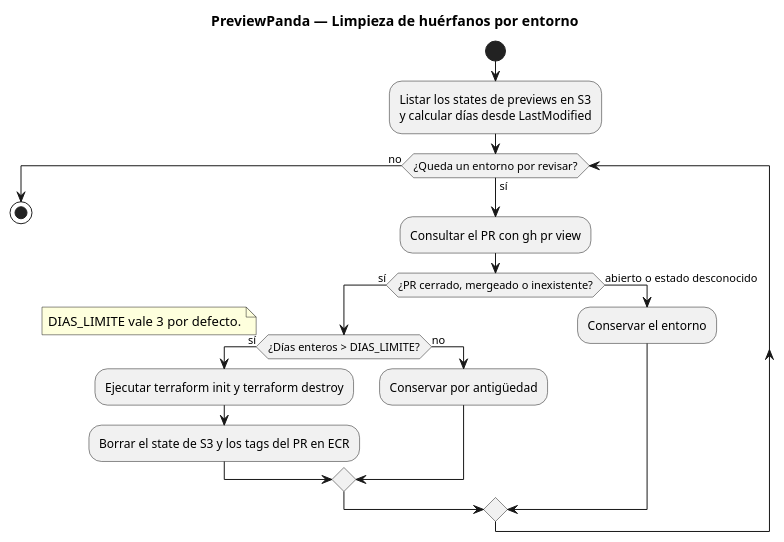
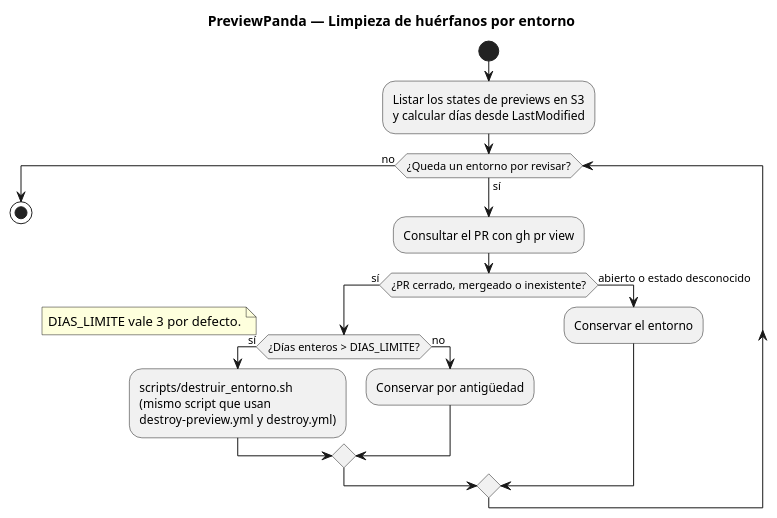
Before and after one commit to NicooGon/previewpanda: the diagram in docs/diagrams/diagrama-estados-huerfanos.puml, drawn with PlantUML. The commit also changed 7 other files, not shown here.

First line of the commit message:
docs: diagrama por workflow (apply/destroy/destroy manual); scripts: cleanup_orphans delega en destruir_entorno.sh

```diff
--- a/docs/diagrams/diagrama-estados-huerfanos.puml
+++ b/docs/diagrams/diagrama-estados-huerfanos.puml
@@ -1,23 +1,22 @@
 @startuml diagrama2
 
 title PreviewPanda — Limpieza de huérfanos por entorno
 
 start
 :Listar los states de previews en S3\ny calcular días desde LastModified;
 while (¿Queda un entorno por revisar?) is (sí)
   :Consultar el PR con gh pr view;
   if (¿PR cerrado, mergeado o inexistente?) then (sí)
     if (¿Días enteros > DIAS_LIMITE?) then (sí)
       floating note left: DIAS_LIMITE vale 3 por defecto.
-      :Ejecutar terraform init y terraform destroy;
-      :Borrar el state de S3 y los tags del PR en ECR;
+      :scripts/destruir_entorno.sh\n(mismo script que usan\ndestroy-preview.yml y destroy.yml);
     else (no)
       :Conservar por antigüedad;
     endif
   else (abierto o estado desconocido)
     :Conservar el entorno;
   endif
 endwhile (no)
 stop
 
 @enduml
```
